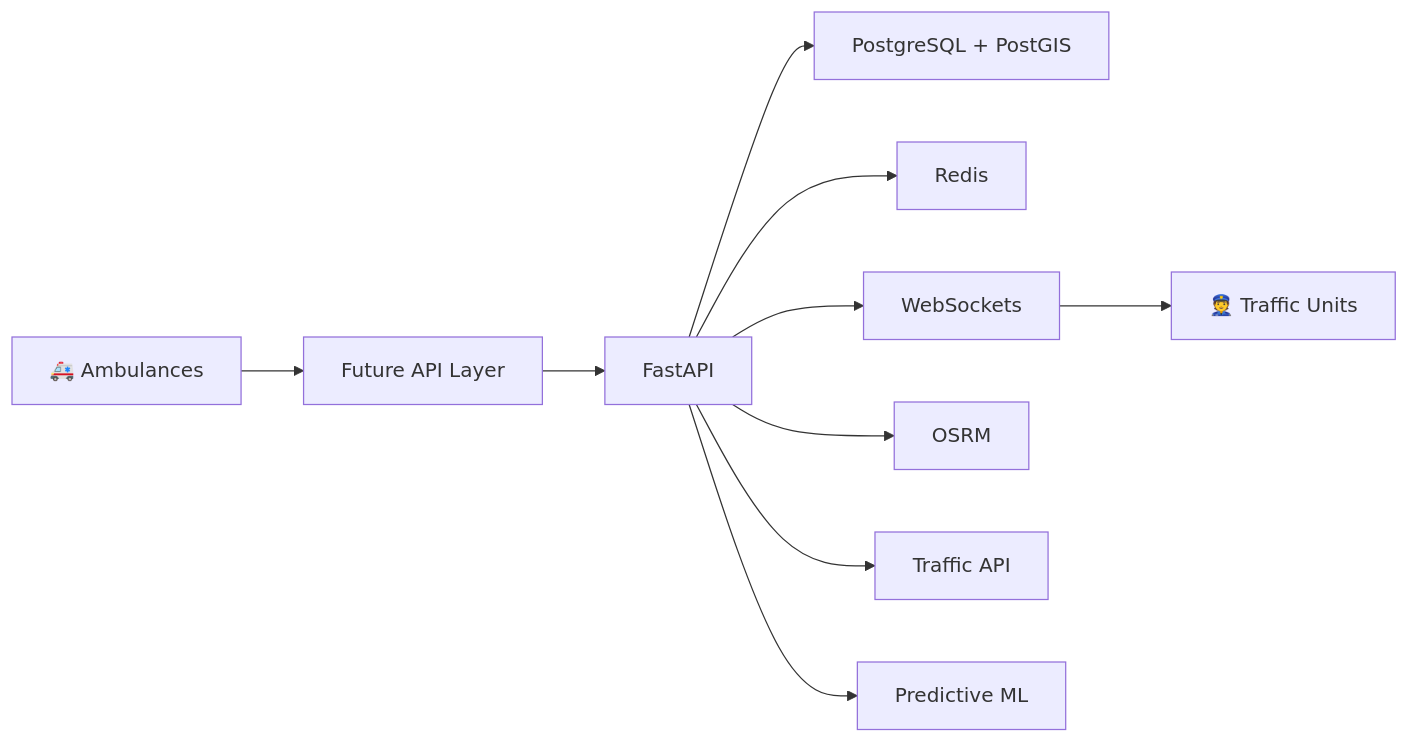
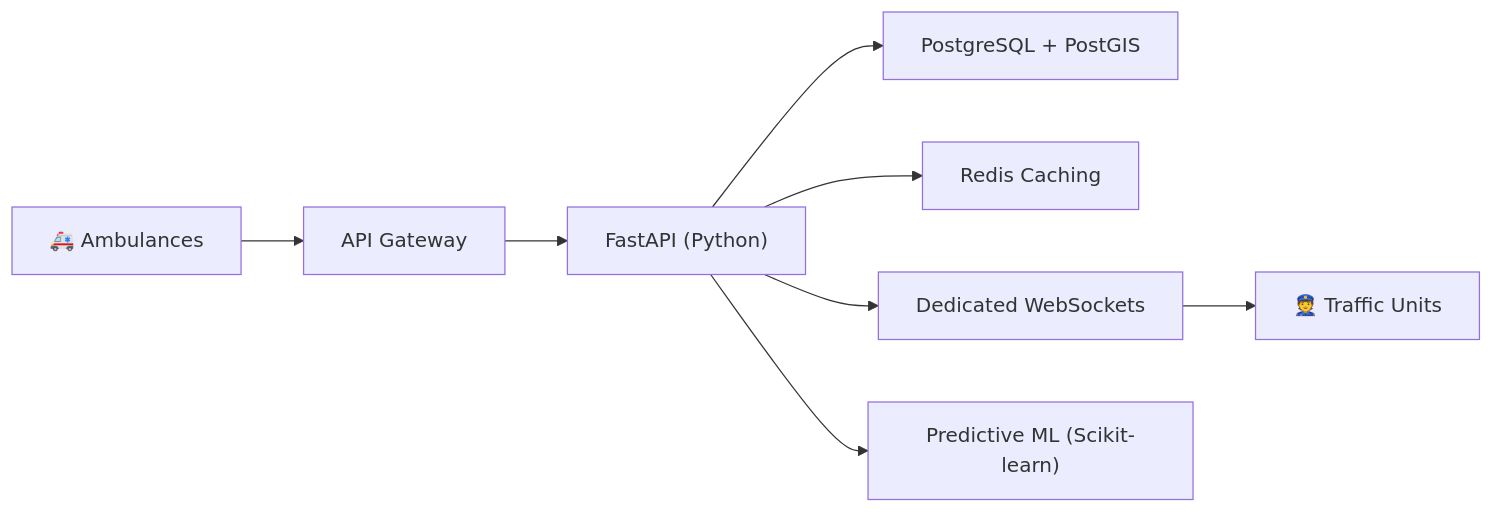
The third of 3 diagrams in README.md (Yashr4635/AERO), drawn with Mermaid before and after one commit. The commit also changed other lines of this file, not shown here.

````diff
--- a/README.md
+++ b/README.md
@@ -542,17 +244,10 @@
 ```mermaid
 flowchart LR
-    AMB["🚑 Ambulances"]
-    TRAFFIC["👮 Traffic Units"]
-
-    AMB --> API["Future API Layer"]
-    API --> FASTAPI["FastAPI"]
-    
+    AMB["🚑 Ambulances"] --> API["API Gateway"]
+    API --> FASTAPI["FastAPI (Python)"]
     FASTAPI --> POSTGIS["PostgreSQL + PostGIS"]
-    FASTAPI --> REDIS["Redis"]
-    FASTAPI --> WS["WebSockets"]
-    FASTAPI --> OSRM["OSRM"]
-    FASTAPI --> TRAFFICAPI["Traffic API"]
-    FASTAPI --> ML["Predictive ML"]
-
-    WS --> TRAFFIC
+    FASTAPI --> REDIS["Redis Caching"]
+    FASTAPI --> WS["Dedicated WebSockets"]
+    FASTAPI --> ML["Predictive ML (Scikit-learn)"]
+    WS --> TRAFFIC["👮 Traffic Units"]
 ```
````
